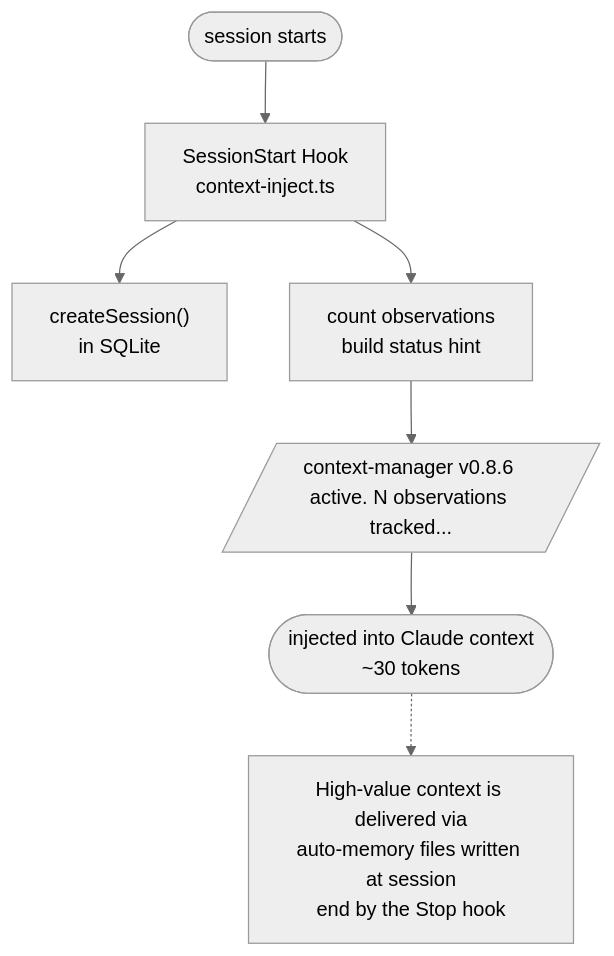
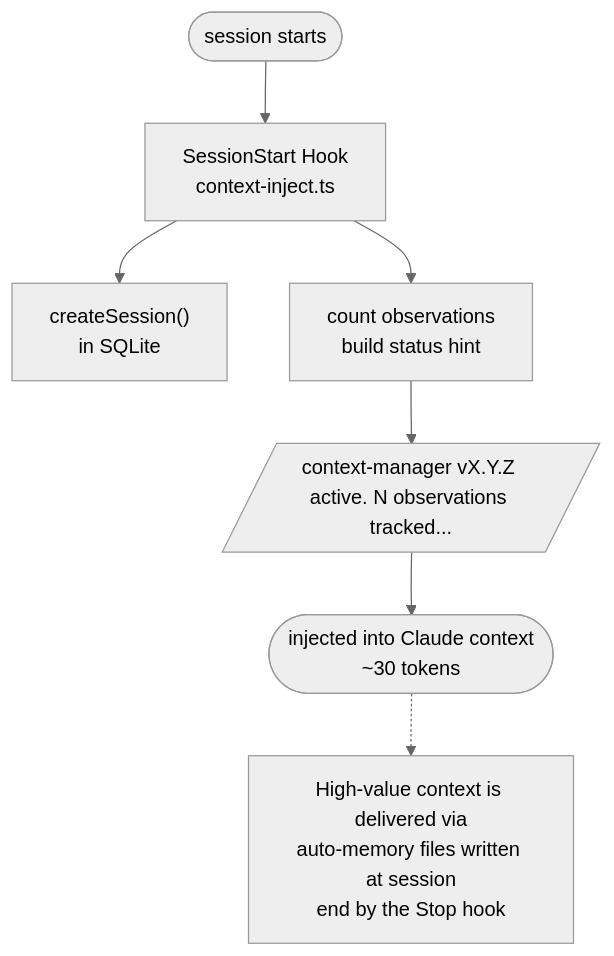
The fourth of 7 diagrams in docs/ARCHITECTURE.md (mrlesmithjr/claude-context-manager), drawn with Mermaid (neutral theme) before and after one commit. The commit also changed other lines of this file and 9 other files, not shown here.

````diff
--- a/docs/ARCHITECTURE.md
+++ b/docs/ARCHITECTURE.md
@@ -565,11 +569,11 @@
 ```mermaid
 flowchart TD
     S([session starts]) --> H["SessionStart Hook\ncontext-inject.ts"]
     H --> DB["createSession()\nin SQLite"]
     H --> CNT["count observations\nbuild status hint"]
-    CNT --> OUT[/"context-manager v0.8.6 active. N observations tracked..."/]
+    CNT --> OUT[/"context-manager vX.Y.Z active. N observations tracked..."/]
     OUT --> CC(["injected into Claude context\n~30 tokens"])
 
     NOTE["High-value context is delivered via\nauto-memory files written at session\nend by the Stop hook"]
     CC -.-> NOTE
 ```
````
